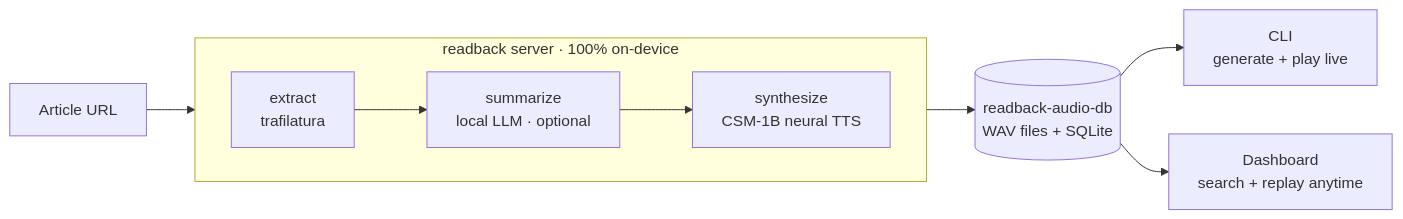
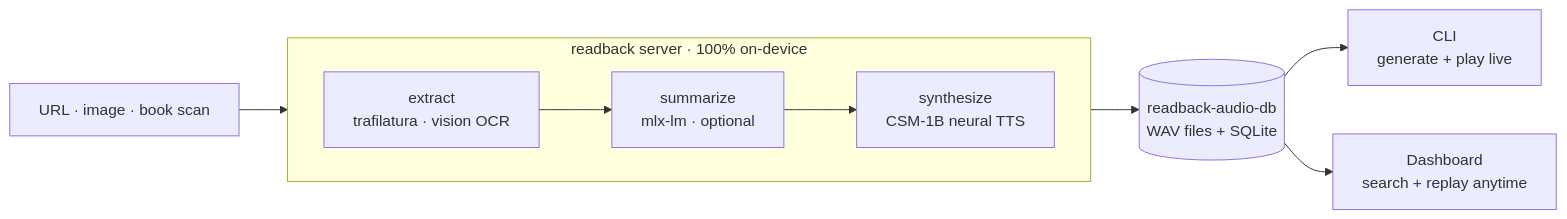
Before and after one commit to MKS-01/readback: the diagram in docs/JOURNEY.md, drawn with Mermaid. The commit also changed other lines of this file and 38 other files, not shown here.

````diff
--- a/docs/JOURNEY.md
+++ b/docs/JOURNEY.md
@@ -25,13 +26,13 @@
 ```mermaid
 flowchart LR
-    U["Article URL"] --> P
+    U["URL · image · book scan"] --> P
 
     subgraph P["readback server · 100% on-device"]
         direction LR
-        E["extract<br/>trafilatura"] --> L["summarize<br/>local LLM · optional"] --> T["synthesize<br/>CSM-1B neural TTS"]
+        E["extract<br/>trafilatura · vision OCR"] --> L["summarize<br/>mlx-lm · optional"] --> T["synthesize<br/>CSM-1B neural TTS"]
     end
 
     T --> DB[("readback-audio-db<br/>WAV files + SQLite")]
     DB --> CLI["CLI<br/>generate + play live"]
     DB --> WEB["Dashboard<br/>search + replay anytime"]
 ```
````
